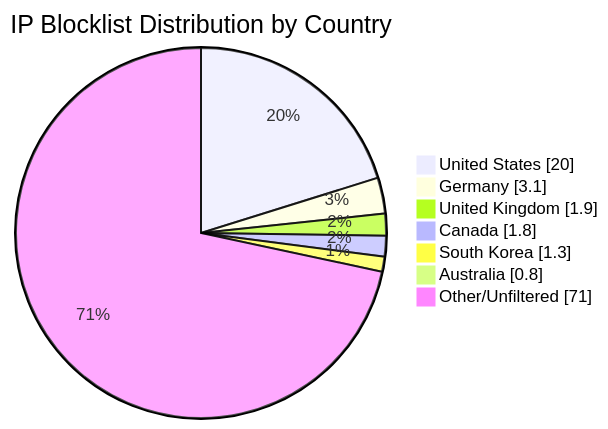
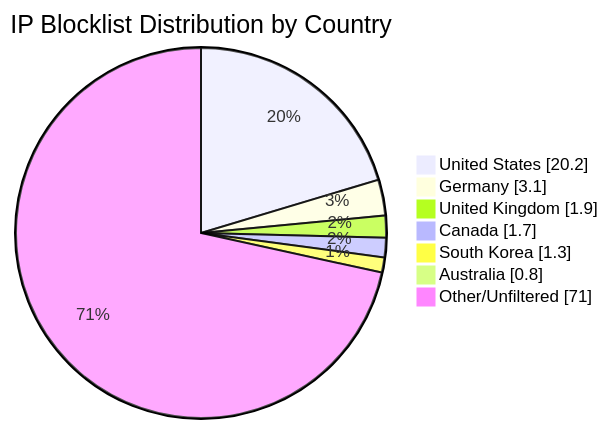
Before and after one commit to MarcusHoltz/ipblocklist-geofiltered-aggregator: the diagram in README.md, drawn with Mermaid. The commit also changed other lines of this file and 9 other files, not shown here.

````diff
--- a/README.md
+++ b/README.md
@@ -34,10 +34,10 @@
 ```mermaid
 pie showData title IP Blocklist Distribution by Country
-"United States" : 20.0
+"United States" : 20.2
 "Germany" : 3.1
 "United Kingdom" : 1.9
-"Canada" : 1.8
+"Canada" : 1.7
 "South Korea" : 1.3
 "Australia" : 0.8
 "Other/Unfiltered" : 71.0
 ```
````
